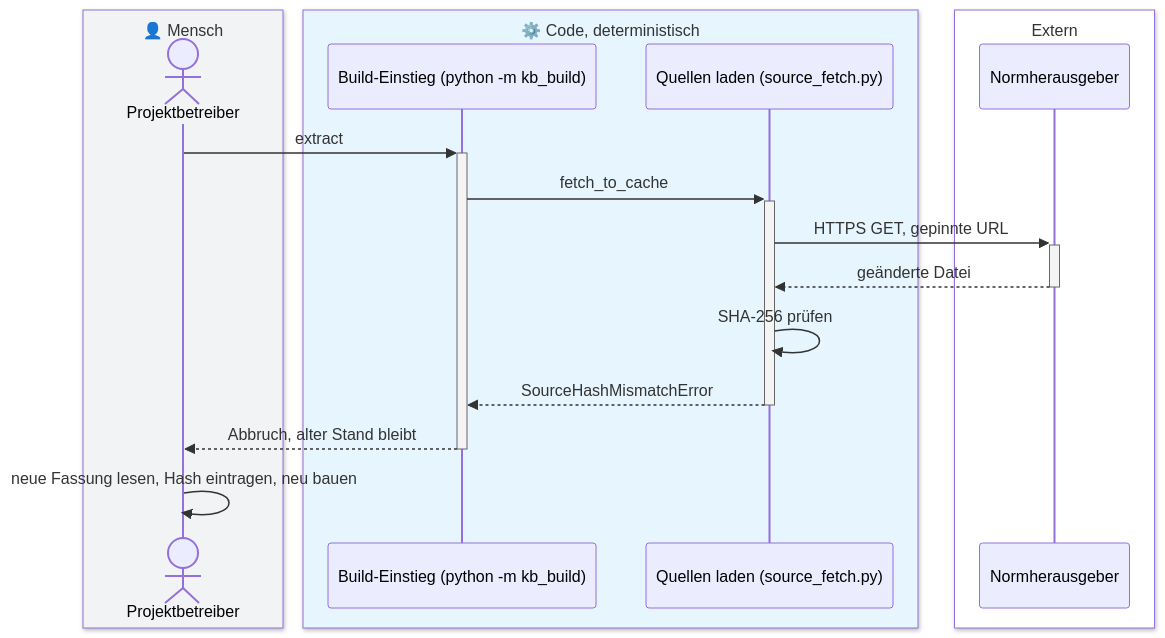
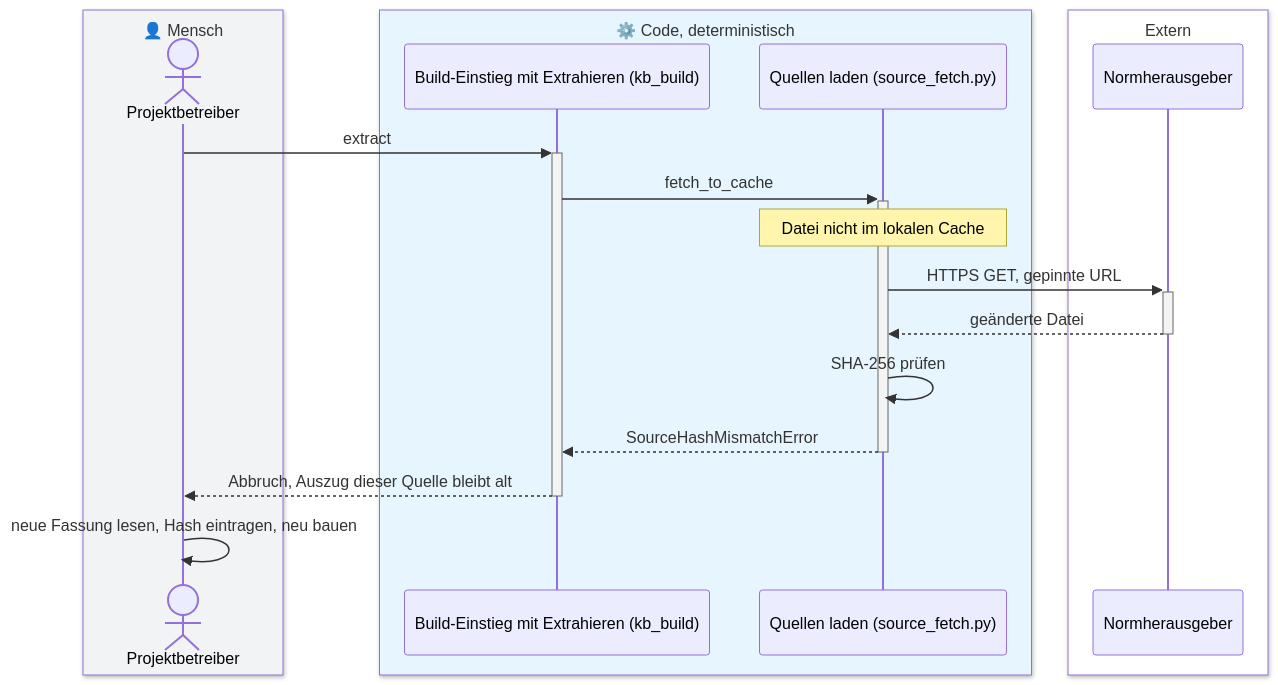
One commit to Daniel74/GovGuard changed diagram 17 of 23 in docs/ARCHITECTURE.md. Above: the diagram before and after it, drawn with Mermaid. The commit also changed other lines of this file and 5 other files, not shown here.

Commit message:
#73 Architecture and Funktionsweise - Final Draft

````diff
--- a/docs/ARCHITECTURE.md
+++ b/docs/ARCHITECTURE.md
@@ -1957,21 +1677,22 @@
 ```mermaid
 sequenceDiagram
   box rgb(241,243,245) 👤 Mensch
     actor B as Projektbetreiber
   end
   box rgb(231,245,255) ⚙️ Code, deterministisch
-    participant K as Build-Einstieg (python -m kb_build)
+    participant K as Build-Einstieg mit Extrahieren (kb_build)
     participant F as Quellen laden (source_fetch.py)
   end
   box rgb(255,255,255) Extern
     participant N as Normherausgeber
   end
   B->>+K: extract
   K->>+F: fetch_to_cache
+  Note over F: Datei nicht im lokalen Cache
   F->>+N: HTTPS GET, gepinnte URL
   N-->>-F: geänderte Datei
   F->>F: SHA-256 prüfen
   F-->>-K: SourceHashMismatchError
-  K-->>-B: Abbruch, alter Stand bleibt
+  K-->>-B: Abbruch, Auszug dieser Quelle bleibt alt
   B->>B: neue Fassung lesen, Hash eintragen, neu bauen
 ```
````
